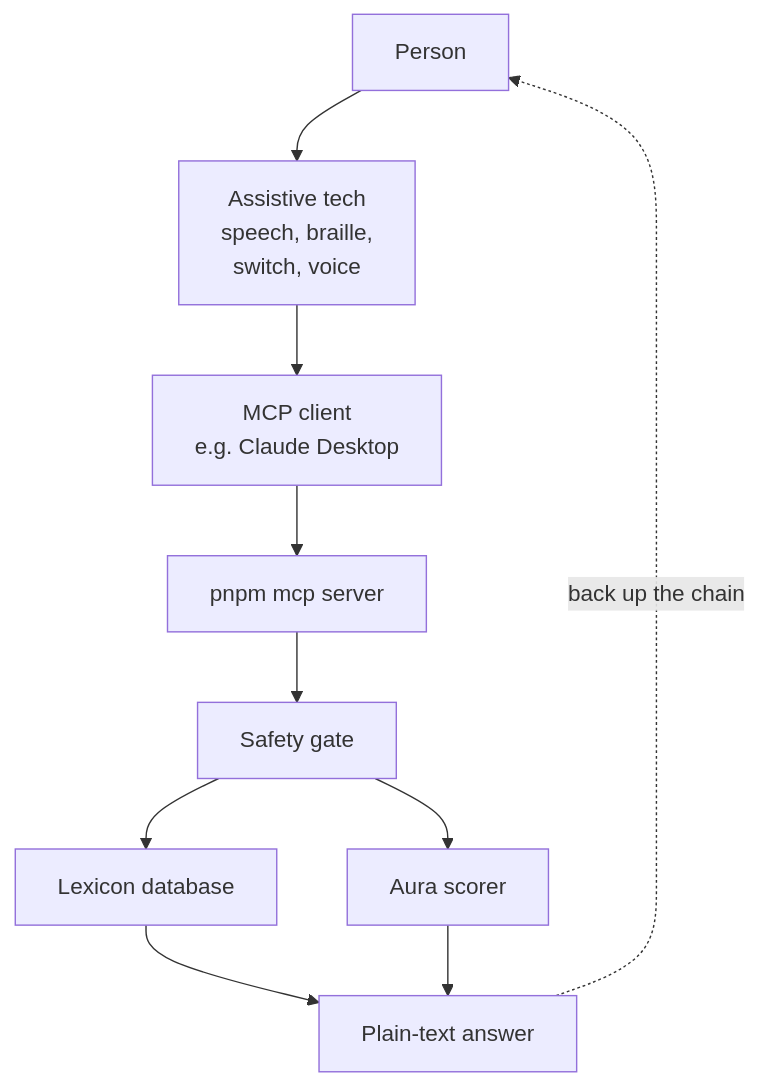
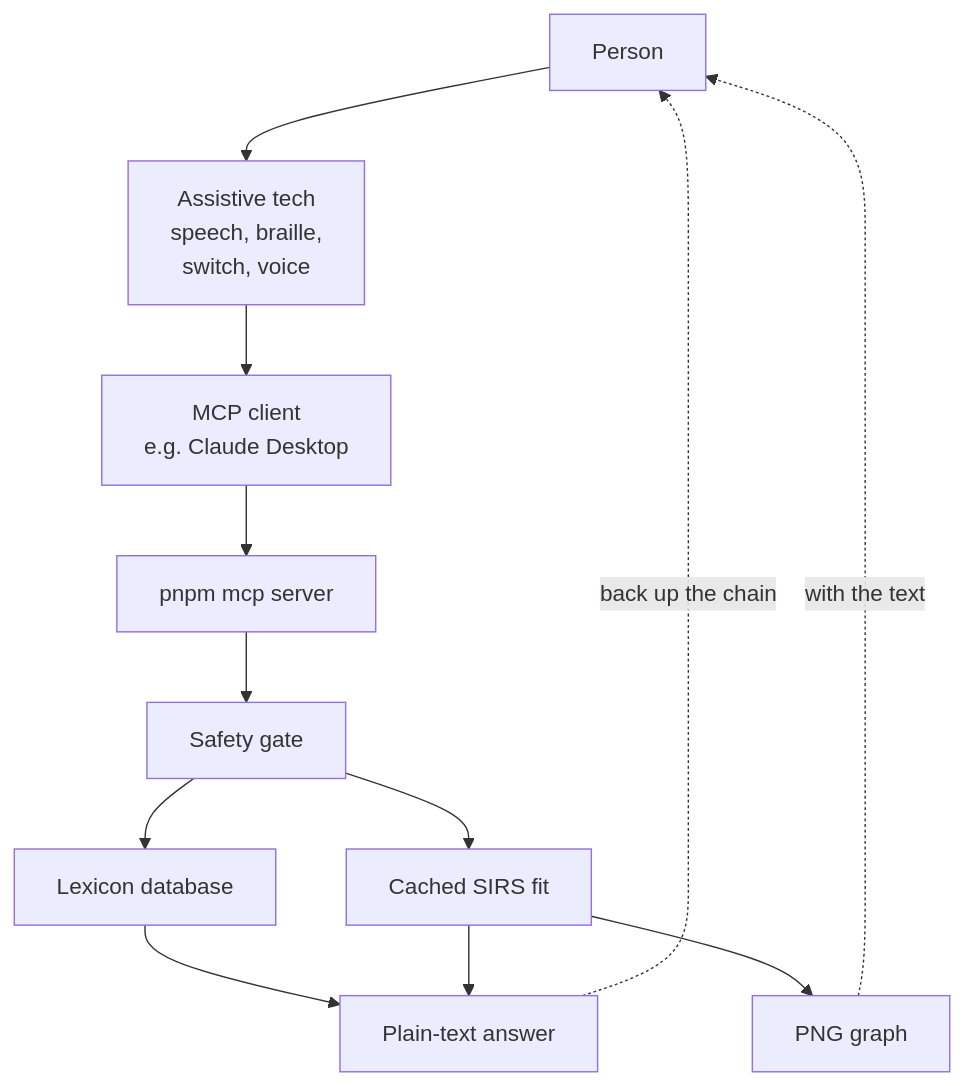
One commit to joshth/alpha-date changed the diagram in docs/features/mcp-server.md. Above: the diagram before and after it, drawn with Mermaid. The commit also changed other lines of this file and 7 other files, not shown here.

````diff
--- a/docs/features/mcp-server.md
+++ b/docs/features/mcp-server.md
@@ -12,17 +12,20 @@
 ```mermaid
 flowchart TB
   U["Person"]
   A["Assistive tech<br/>speech, braille,<br/>switch, voice"]
   C["MCP client<br/>e.g. Claude Desktop"]
   M["pnpm mcp server"]
   G["Safety gate"]
   D["Lexicon database"]
-  S["Aura scorer"]
+  S["Cached SIRS fit"]
   T["Plain-text answer"]
+  I["PNG graph"]
   U --> A --> C --> M --> G
   G --> D
   G --> S
   D --> T
   S --> T
+  S --> I
   T -.->|"back up the chain"| U
+  I -.->|"with the text"| U
 ```
````
